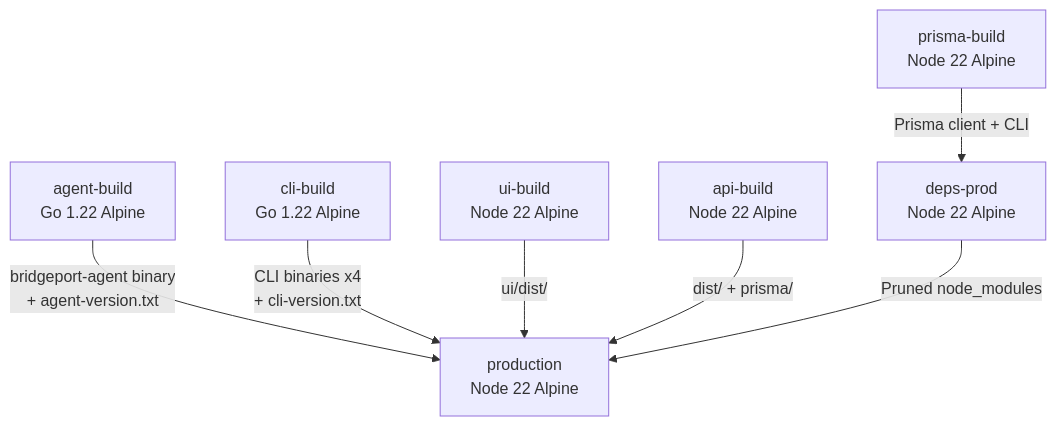
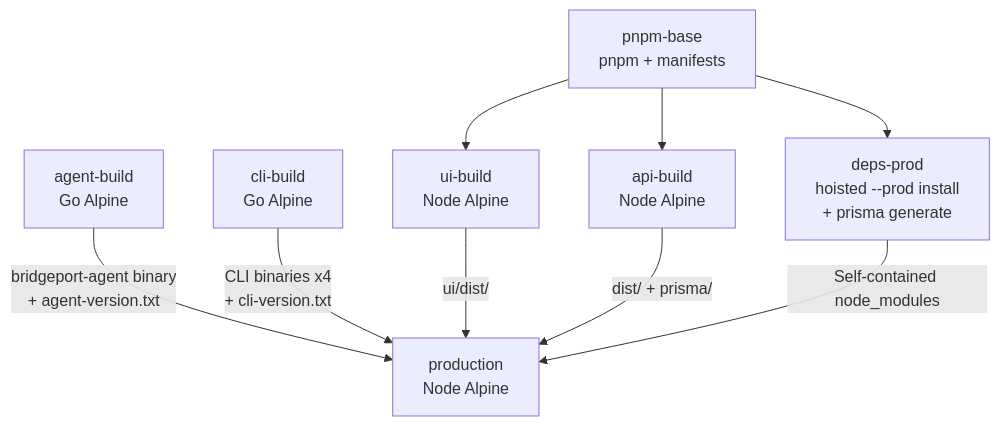
One commit to bridgeinpt/bridgeport changed the diagram in docs/development/building.md. Above: the diagram before and after it, drawn with Mermaid. The commit also changed other lines of this file and 23 other files, not shown here.

````diff
--- a/docs/development/building.md
+++ b/docs/development/building.md
@@ -56,9 +56,11 @@
 ```mermaid
 graph TD
-    A[agent-build<br/>Go 1.22 Alpine] -->|bridgeport-agent binary<br/>+ agent-version.txt| F[production<br/>Node 22 Alpine]
-    B[cli-build<br/>Go 1.22 Alpine] -->|CLI binaries x4<br/>+ cli-version.txt| F
-    C[ui-build<br/>Node 22 Alpine] -->|ui/dist/| F
-    D[api-build<br/>Node 22 Alpine] -->|dist/ + prisma/| F
-    E[prisma-build<br/>Node 22 Alpine] -->|Prisma client + CLI| G[deps-prod<br/>Node 22 Alpine]
-    G -->|Pruned node_modules| F
+    A[agent-build<br/>Go Alpine] -->|bridgeport-agent binary<br/>+ agent-version.txt| F[production<br/>Node Alpine]
+    B[cli-build<br/>Go Alpine] -->|CLI binaries x4<br/>+ cli-version.txt| F
+    P[pnpm-base<br/>pnpm + manifests] --> C[ui-build]
+    P --> D[api-build]
+    P --> G[deps-prod]
+    C[ui-build<br/>Node Alpine] -->|ui/dist/| F
+    D[api-build<br/>Node Alpine] -->|dist/ + prisma/| F
+    G[deps-prod<br/>hoisted --prod install<br/>+ prisma generate] -->|Self-contained node_modules| F
 ```
````
